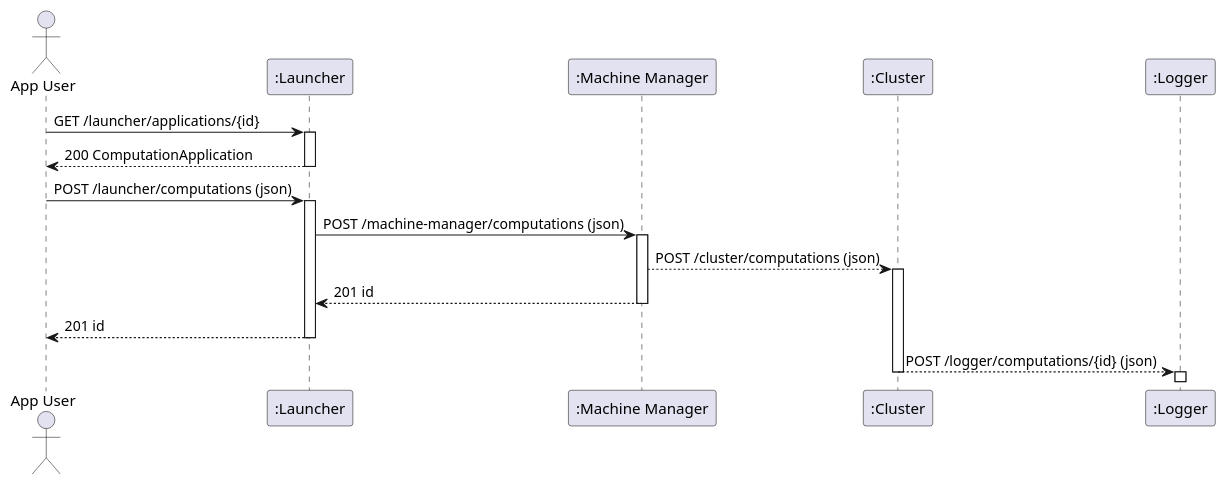
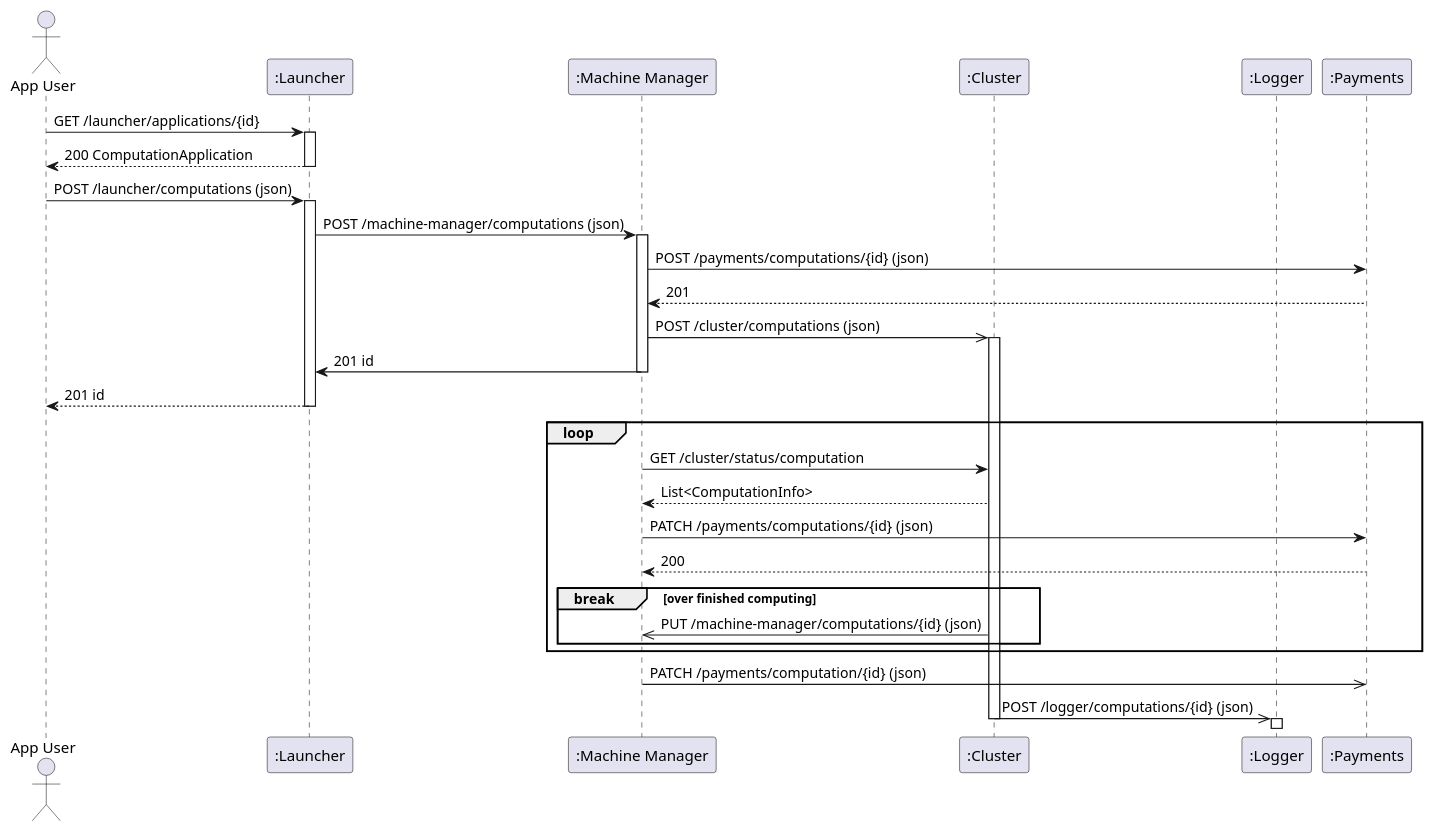
The diagram in sequences/activateApp/activateApp.puml (cetlinB/docs), drawn with PlantUML before and after one commit. The commit also changed 1 other file, not shown here.

Commit message:
Update sequence

```diff
--- a/sequences/activateApp/activateApp.puml
+++ b/sequences/activateApp/activateApp.puml
@@ -1,31 +1,50 @@
 @startuml
 
 actor "App User" as AU
 participant ":Launcher" as CLa
 participant ":Machine Manager" as CM
 participant ":Cluster" as CC
 participant ":Logger" as CLo
+participant ":Payments" as CP
 
 AU -> CLa : GET /launcher/applications/{id}
 activate CLa
 CLa --> AU : 200 ComputationApplication
 deactivate CLa
 
 AU -> CLa : POST /launcher/computations (json)
 activate CLa
 CLa -> CM : POST /machine-manager/computations (json)
 activate CM
-CM --> CC : POST /cluster/computations (json)
+
+CM -> CP : POST /payments/computations/{id} (json)
+CP --> CM : 201
+
+CM ->> CC : POST /cluster/computations (json)
 activate CC
 
-CM --> CLa : 201 id
+CM -> CLa : 201 id
 deactivate CM
 CLa --> AU : 201 id
 deactivate CLa
 
-CC --> CLo : POST /logger/computations/{id} (json)
+loop
+
+CM -> CC : GET /cluster/status/computation
+CC --> CM : List<ComputationInfo>
+
+CM -> CP : PATCH /payments/computations/{id} (json)
+CP --> CM : 200
+
+break over finished computing
+CC ->> CM : PUT /machine-manager/computations/{id} (json)
+end break
+end loop
+
+CM ->> CP : PATCH /payments/computation/{id} (json)
+CC ->> CLo : POST /logger/computations/{id} (json)
 deactivate CC
 activate CLo
 deactivate CLo
 
 @enduml
```
